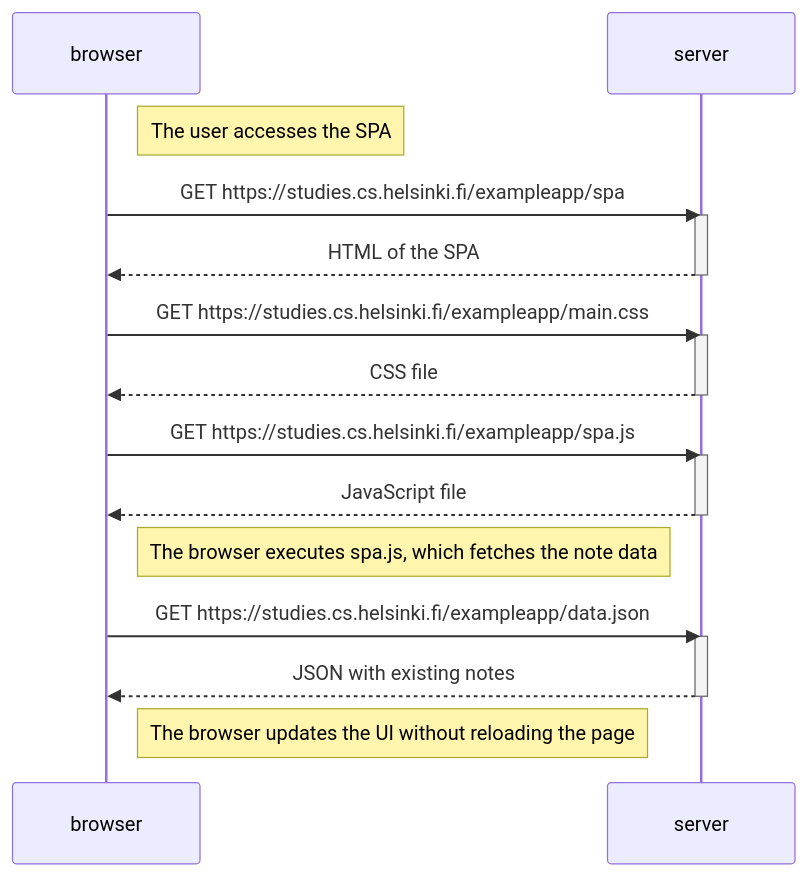
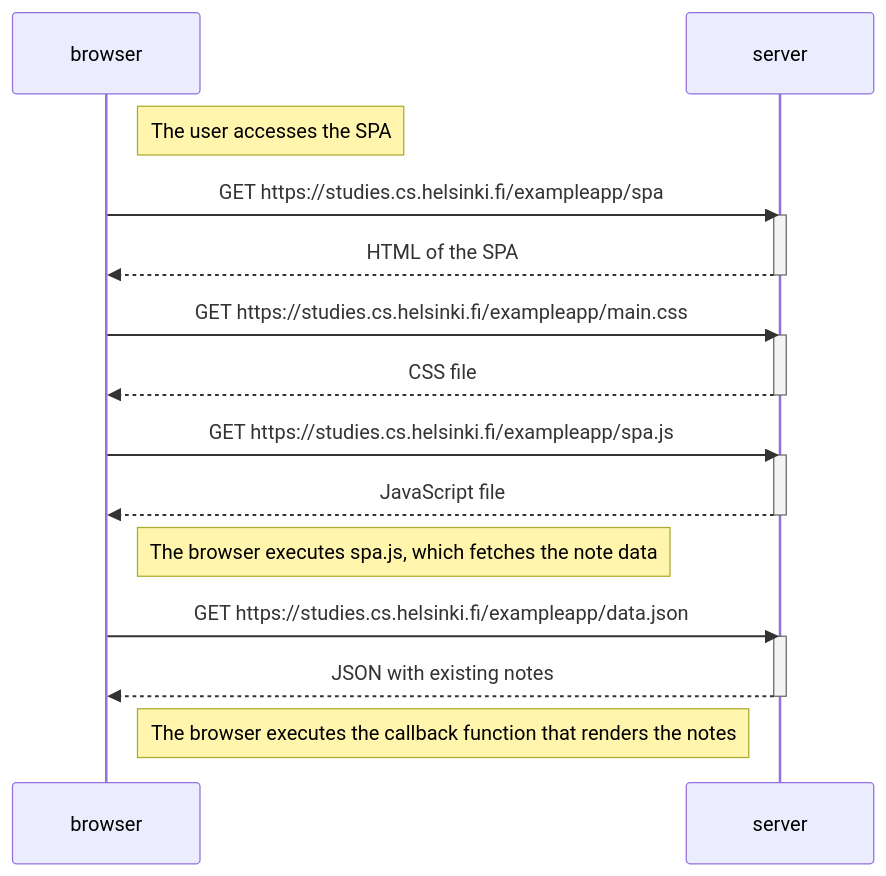
Before and after one commit to federicaarosio/full-stack-open: the diagram in part0/0.5_Single-page-app-diagram.md, drawn with Mermaid. The commit also changed 1 other file, not shown here.

Commit message:
part 0 exercises

````diff
--- a/part0/0.5_Single-page-app-diagram.md
+++ b/part0/0.5_Single-page-app-diagram.md
@@ -1,31 +1,32 @@
 ```mermaid
 sequenceDiagram
     participant browser
     participant server
 
     Note right of browser: The user accesses the SPA
 
     browser->>server: GET https://studies.cs.helsinki.fi/exampleapp/spa
     activate server
     server-->>browser: HTML of the SPA
     deactivate server
 
     browser->>server: GET https://studies.cs.helsinki.fi/exampleapp/main.css
     activate server
     server-->>browser: CSS file
     deactivate server
 
     browser->>server: GET https://studies.cs.helsinki.fi/exampleapp/spa.js
     activate server
     server-->>browser: JavaScript file
     deactivate server
 
     Note right of browser: The browser executes spa.js, which fetches the note data
 
     browser->>server: GET https://studies.cs.helsinki.fi/exampleapp/data.json
     activate server
     server-->>browser: JSON with existing notes
     deactivate server
 
-    Note right of browser: The browser updates the UI without reloading the page
+    Note right of browser: The browser executes the callback function that renders the notes
+
 ```
````
